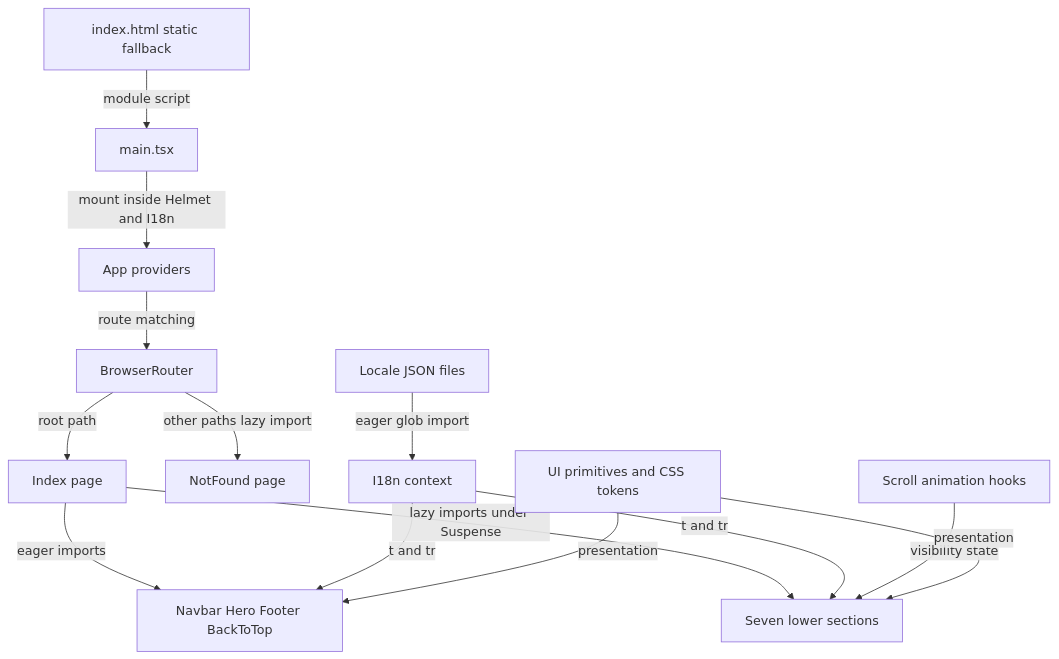
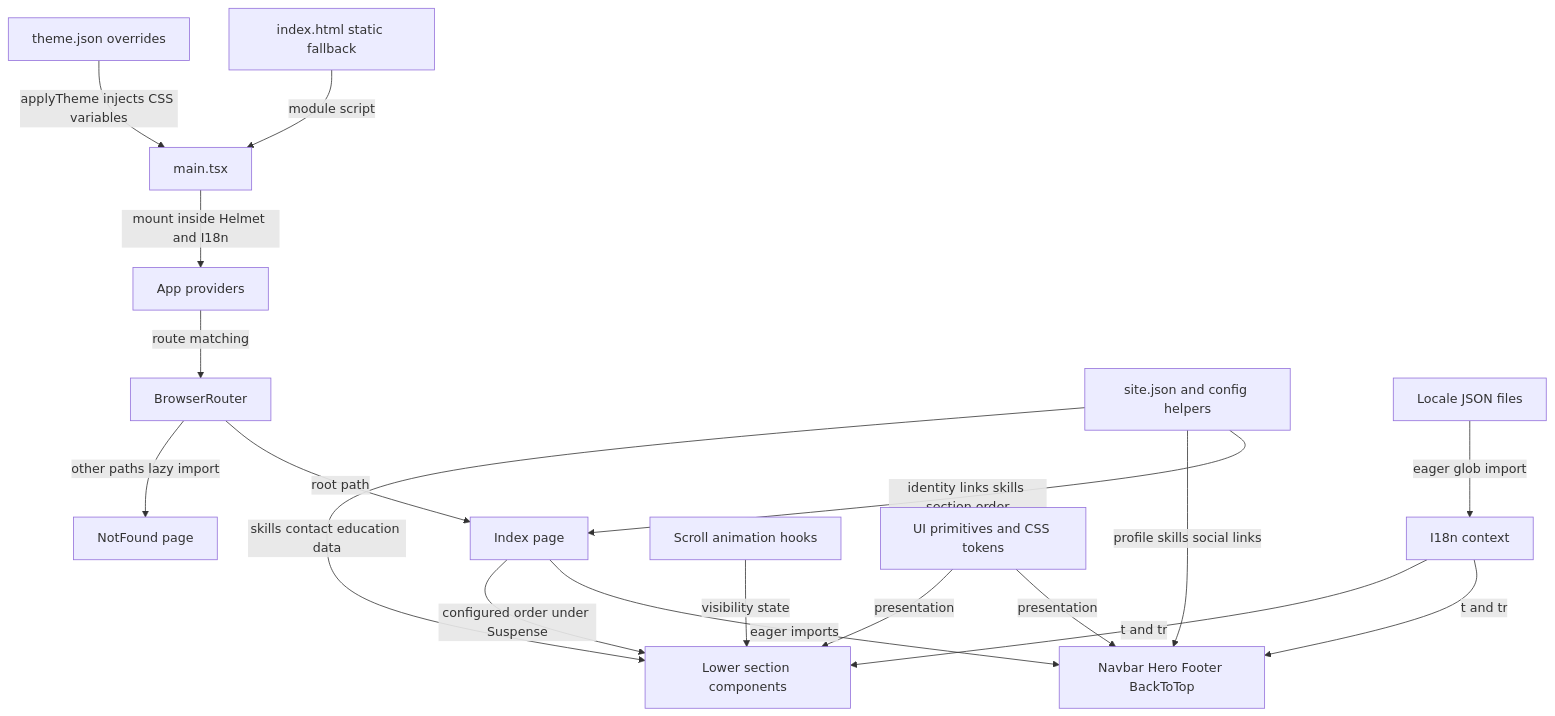
The second of 7 diagrams in docs/03-architecture.md (ru5iru/rusiru), drawn with Mermaid before and after one commit. The commit also changed other lines of this file and 12 other files, not shown here.

````diff
--- a/docs/03-architecture.md
+++ b/docs/03-architecture.md
@@ -27,16 +27,20 @@
 ```mermaid
 flowchart TD
     Html[index.html static fallback] -->|module script| Main[main.tsx]
     Main -->|mount inside Helmet and I18n| App[App providers]
     App -->|route matching| Router[BrowserRouter]
     Router -->|root path| Index[Index page]
     Router -->|other paths lazy import| Missing[NotFound page]
     Index -->|eager imports| Shell[Navbar Hero Footer BackToTop]
-    Index -->|lazy imports under Suspense| Sections[Seven lower sections]
+    Index -->|configured order under Suspense| Sections[Lower section components]
+    Config[site.json and config helpers] -->|identity links skills section order| Index
+    Config -->|profile skills social links| Shell
+    Config -->|skills contact education data| Sections
+    Theme[theme.json overrides] -->|applyTheme injects CSS variables| Main
     Locale[Locale JSON files] -->|eager glob import| I18n[I18n context]
     I18n -->|t and tr| Shell
     I18n -->|t and tr| Sections
     Hooks[Scroll animation hooks] -->|visibility state| Sections
     UI[UI primitives and CSS tokens] -->|presentation| Shell
     UI -->|presentation| Sections
 ```
````
